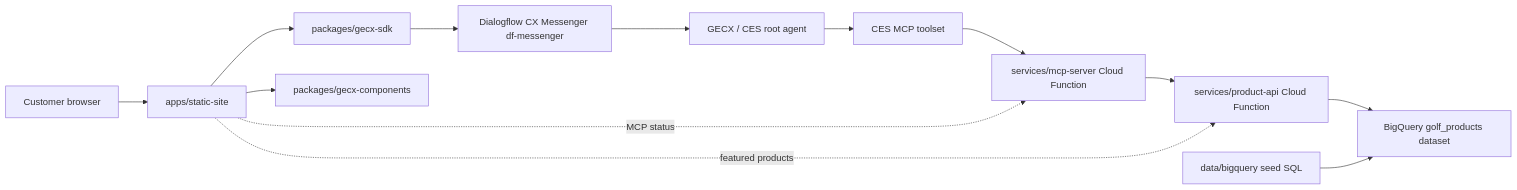
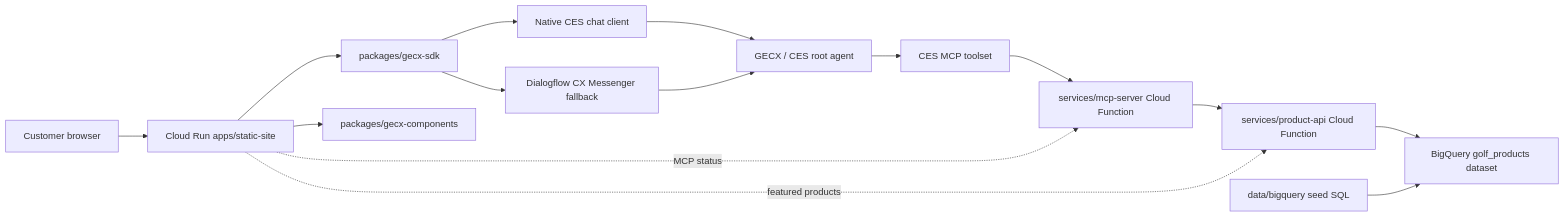
Before and after one commit to dpedzinski/golf-shop: the diagram in docs/specs/architecture-data-flow.spec.md, drawn with Mermaid. The commit also changed other lines of this file and 42 other files, not shown here.

````diff
--- a/docs/specs/architecture-data-flow.spec.md
+++ b/docs/specs/architecture-data-flow.spec.md
@@ -17,27 +21,30 @@
 ```mermaid
 flowchart LR
   Browser["Customer browser"]
-  Site["apps/static-site"]
+  Site["Cloud Run apps/static-site"]
   SDK["packages/gecx-sdk"]
   Components["packages/gecx-components"]
-  Messenger["Dialogflow CX Messenger df-messenger"]
+  CesChat["Native CES chat client"]
+  Messenger["Dialogflow CX Messenger fallback"]
   GECX["GECX / CES root agent"]
   Toolset["CES MCP toolset"]
   MCP["services/mcp-server Cloud Function"]
   API["services/product-api Cloud Function"]
   BigQuery["BigQuery golf_products dataset"]
   SQL["data/bigquery seed SQL"]
 
   Browser --> Site
   Site --> SDK
   Site --> Components
+  SDK --> CesChat
   SDK --> Messenger
+  CesChat --> GECX
   Messenger --> GECX
   GECX --> Toolset
   Toolset --> MCP
   MCP --> API
   API --> BigQuery
   SQL --> BigQuery
   Site -. featured products .-> API
   Site -. MCP status .-> MCP
 ```
````
